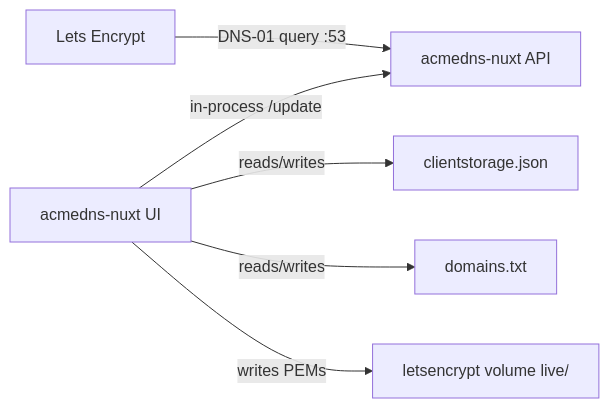
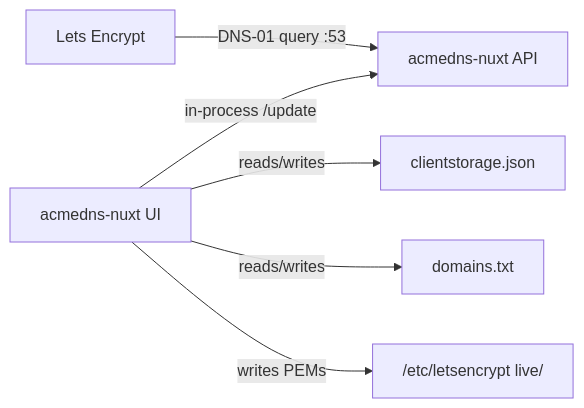
Before and after one commit to HariantoAtWork/dns01-proxy: the diagram in README.md, drawn with Mermaid. The commit also changed other lines of this file and 17 other files, not shown here.

````diff
--- a/README.md
+++ b/README.md
@@ -11,8 +11,8 @@
 ```mermaid
 flowchart LR
   UI[acmedns-nuxt UI] -->|in-process /update| API[acmedns-nuxt API]
   UI -->|reads/writes| CS[clientstorage.json]
   UI -->|reads/writes| Domains[domains.txt]
-  UI -->|writes PEMs| Certs[letsencrypt volume live/]
+  UI -->|writes PEMs| Certs["/etc/letsencrypt live/"]
   PubDNS[Lets Encrypt] -->|DNS-01 query :53| API
 ```
````
